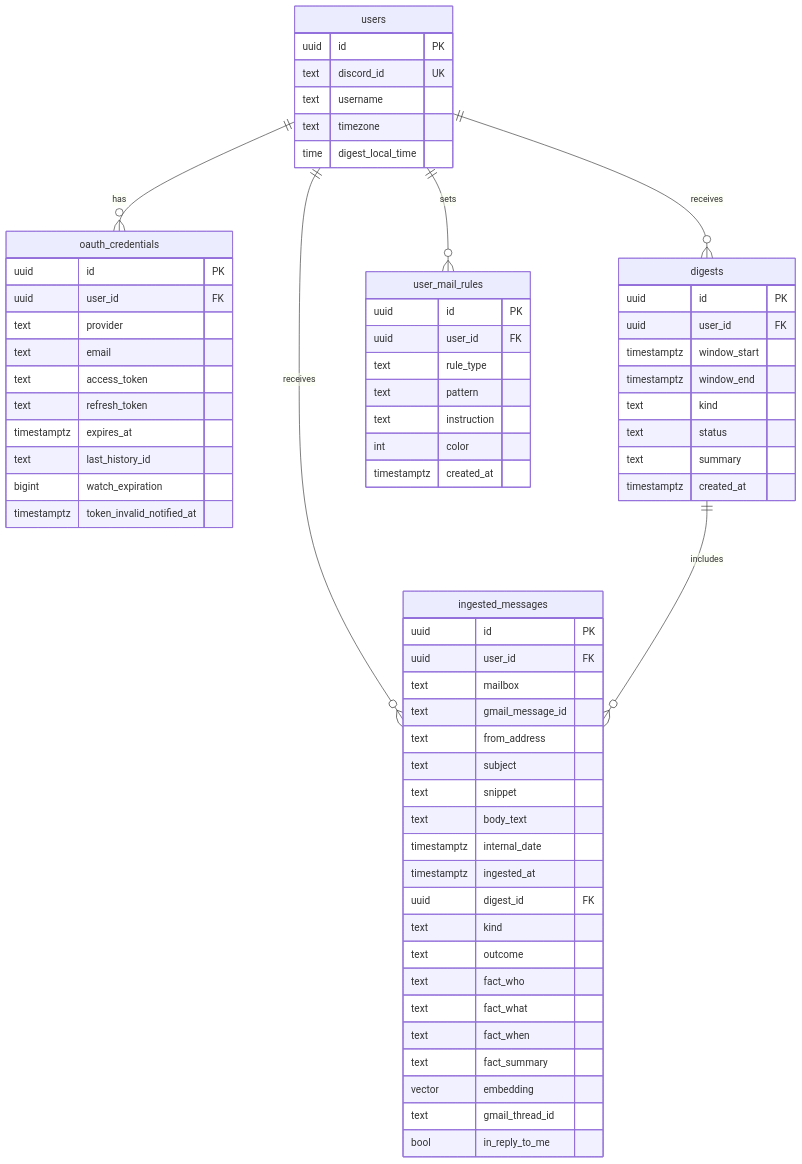
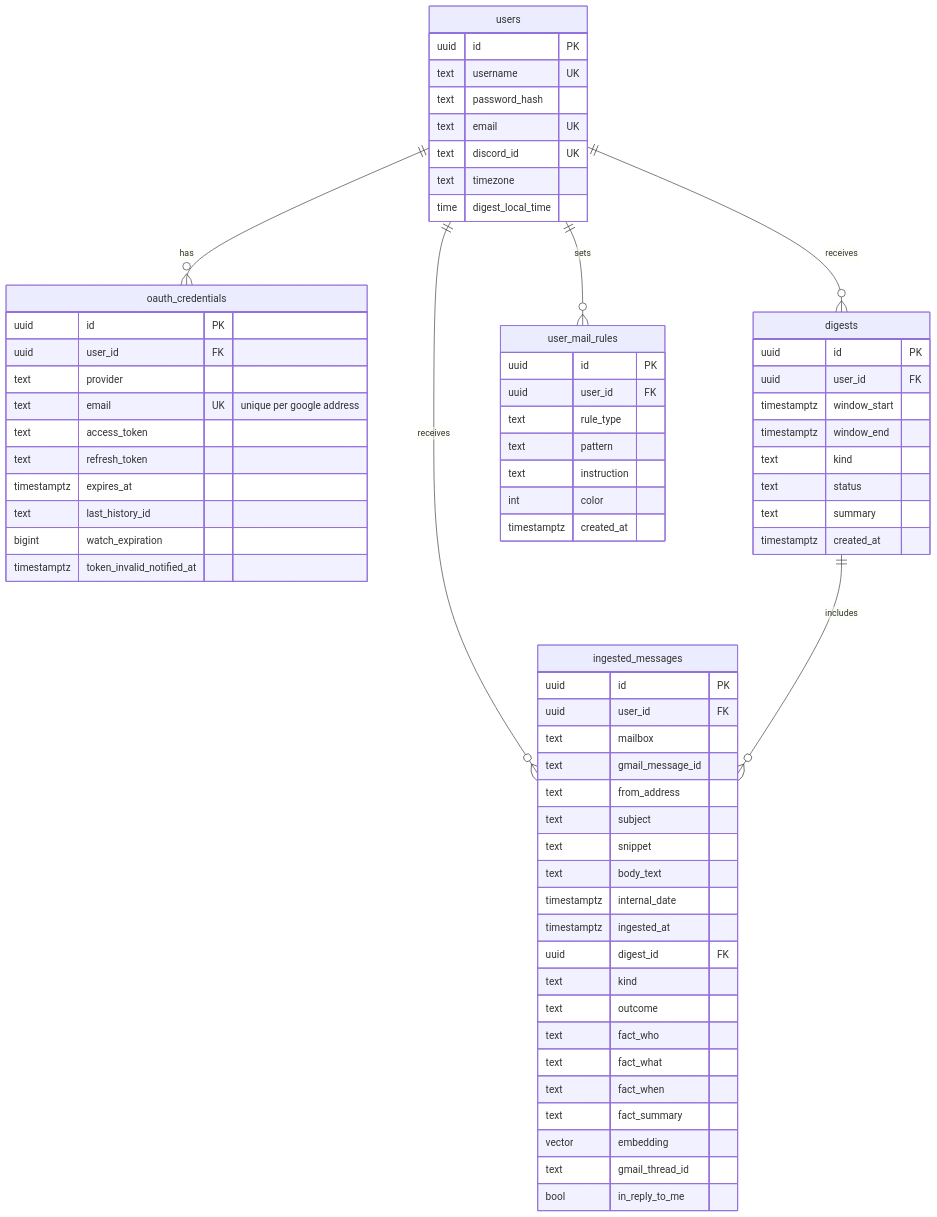
Before and after one commit to Tech13-08/sift: the diagram in infra/postgres/schema.md, drawn with Mermaid. The commit also changed other lines of this file and 213 other files, not shown here.

````diff
--- a/infra/postgres/schema.md
+++ b/infra/postgres/schema.md
@@ -7,73 +3,75 @@
 ```mermaid
 erDiagram
     users ||--o{ oauth_credentials : has
     users ||--o{ ingested_messages : receives
     users ||--o{ digests : receives
     users ||--o{ user_mail_rules : sets
     digests ||--o{ ingested_messages : includes
 
     users {
         uuid id PK
+        text username UK
+        text password_hash
+        text email UK
         text discord_id UK
-        text username
         text timezone
         time digest_local_time
     }
 
     oauth_credentials {
         uuid id PK
         uuid user_id FK
         text provider
-        text email
+        text email UK "unique per google address"
         text access_token
         text refresh_token
         timestamptz expires_at
         text last_history_id
         bigint watch_expiration
         timestamptz token_invalid_notified_at
     }
 
     digests {
         uuid id PK
         uuid user_id FK
         timestamptz window_start
         timestamptz window_end
         text kind
         text status
         text summary
         timestamptz created_at
     }
 
     ingested_messages {
         uuid id PK
         uuid user_id FK
         text mailbox
         text gmail_message_id
         text from_address
         text subject
         text snippet
         text body_text
         timestamptz internal_date
         timestamptz ingested_at
         uuid digest_id FK
         text kind
         text outcome
         text fact_who
         text fact_what
         text fact_when
         text fact_summary
         vector embedding
         text gmail_thread_id
         bool in_reply_to_me
     }
 
     user_mail_rules {
         uuid id PK
         uuid user_id FK
         text rule_type
         text pattern
         text instruction
         int color
         timestamptz created_at
     }
 ```
````
